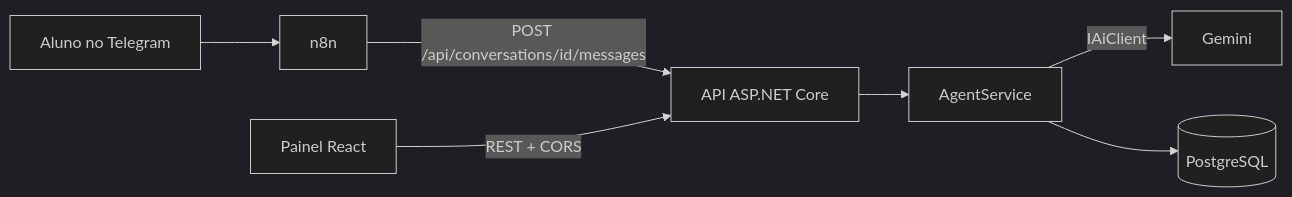
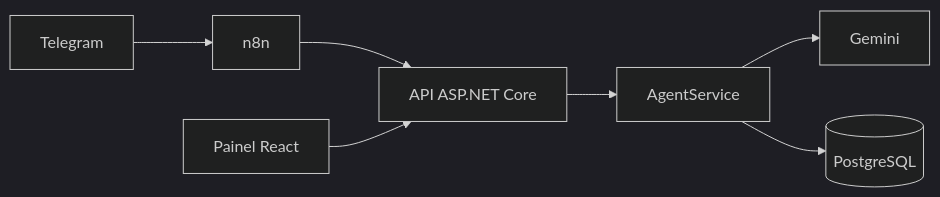
One commit to Jownao/dotnet-talk-panel changed the diagram in README.md. Above: the diagram before and after it, drawn with Mermaid (dark theme). The commit also changed other lines of this file, not shown here.

````diff
--- a/README.md
+++ b/README.md
@@ -9,9 +52,9 @@
 ```mermaid
 flowchart LR
-    A[Aluno no Telegram] --> B[n8n]
-    B -->|POST /api/conversations/id/messages| C[API ASP.NET Core]
+    A[Telegram] --> B[n8n]
+    B --> C[API ASP.NET Core]
     C --> D[AgentService]
-    D -->|IAiClient| E[Gemini]
+    D --> E[Gemini]
     D --> F[(PostgreSQL)]
-    G[Painel React] -->|REST + CORS| C
+    G[Painel React] --> C
 ```
````
